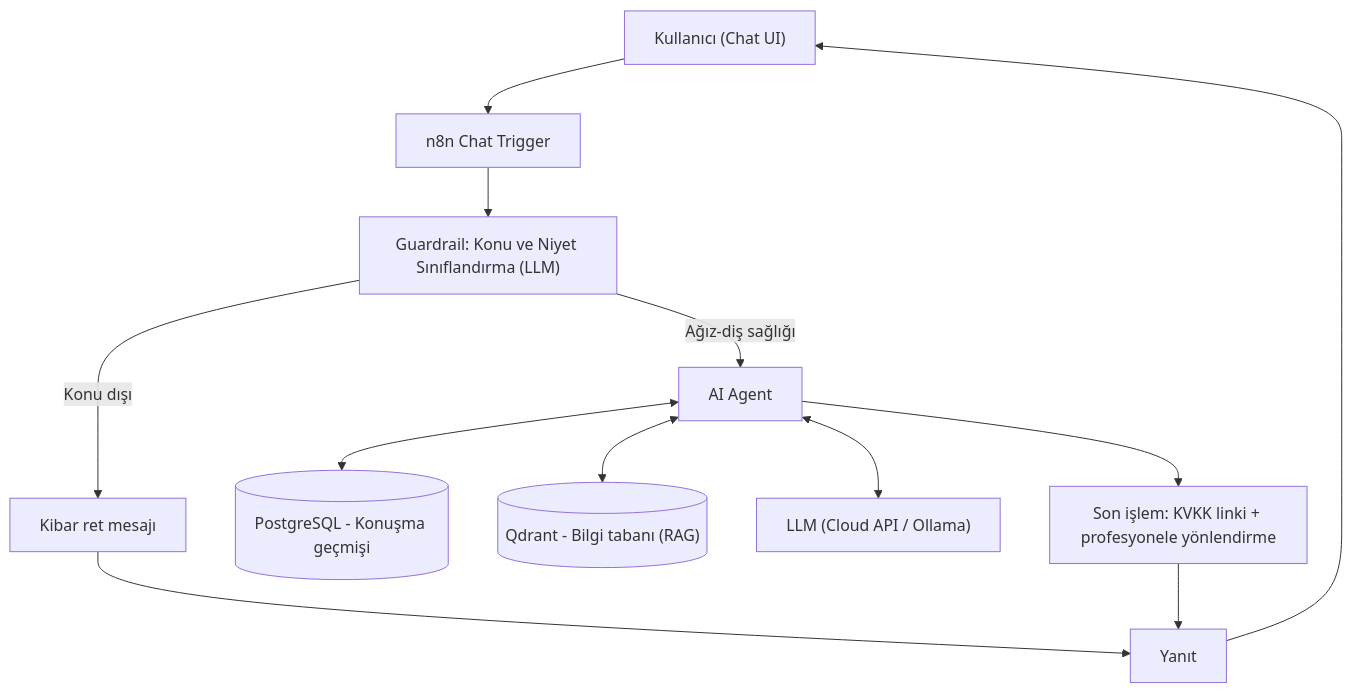
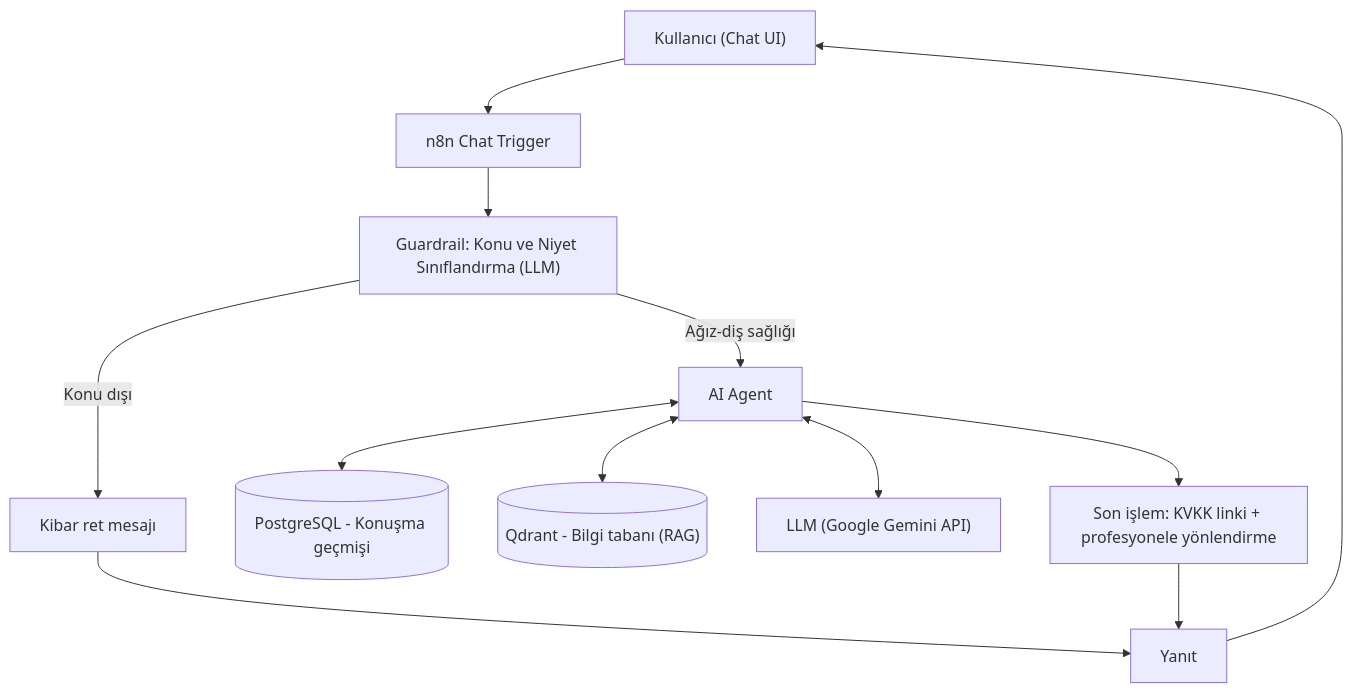
One commit to 4v4l3r0n/Dis-Asistan changed the first of 2 diagrams in docs/YOL_HARITASI.md. Above: the diagram before and after it, drawn with Mermaid. The commit also changed other lines of this file and 2 other files, not shown here.

Commit message:
docs: LLM (Gemini free tier) ve yerel calisma ortami kararlari eklendi

````diff
--- a/docs/YOL_HARITASI.md
+++ b/docs/YOL_HARITASI.md
@@ -83,14 +90,14 @@
 ```mermaid
 flowchart TD
     U["Kullanıcı (Chat UI)"] --> CT["n8n Chat Trigger"]
     CT --> G["Guardrail: Konu ve Niyet Sınıflandırma (LLM)"]
     G -->|"Konu dışı"| R1["Kibar ret mesajı"]
     G -->|"Ağız-diş sağlığı"| A["AI Agent"]
     A <--> M[("PostgreSQL - Konuşma geçmişi")]
     A <--> V[("Qdrant - Bilgi tabanı (RAG)")]
-    A <--> L["LLM (Cloud API / Ollama)"]
+    A <--> L["LLM (Google Gemini API)"]
     A --> P["Son işlem: KVKK linki + profesyonele yönlendirme"]
     R1 --> O["Yanıt"]
     P --> O
     O --> U
 ```
````
